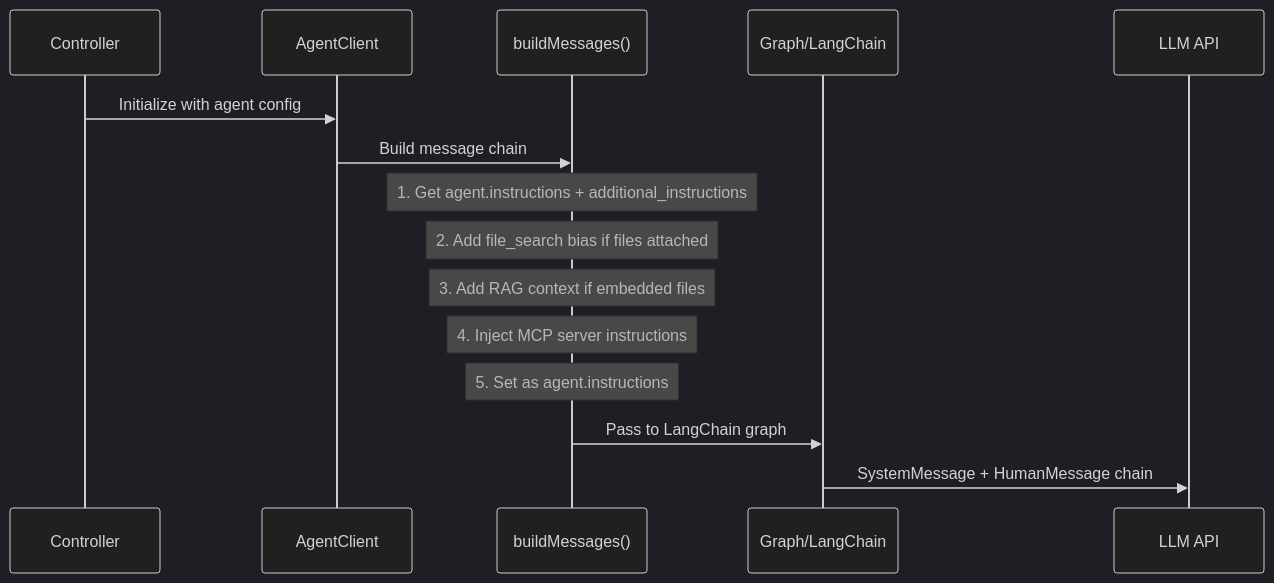
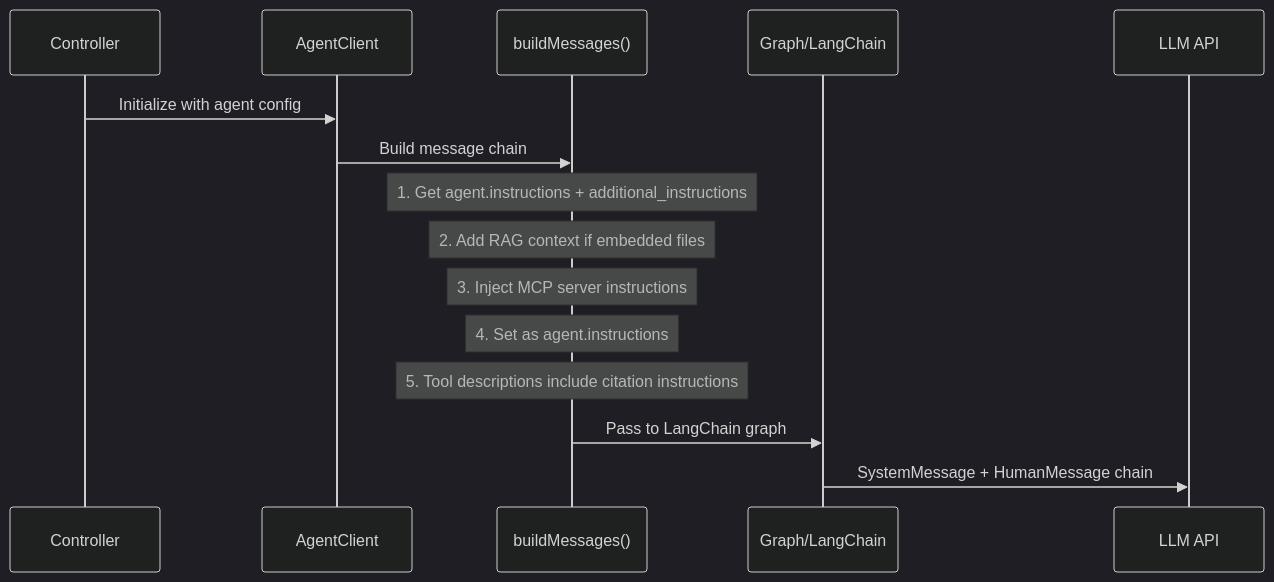
Before and after one commit to Gradient-DS/soev.ai: the fourth of 4 diagrams in prompts.md, drawn with Mermaid (dark theme). The commit also changed other lines of this file and 1 other file, not shown here.

````diff
--- a/prompts.md
+++ b/prompts.md
@@ -138,20 +151,20 @@
 ```mermaid
 sequenceDiagram
     participant C as Controller
     participant AC as AgentClient
     participant BM as buildMessages()
     participant G as Graph/LangChain
     participant API as LLM API
 
     C->>AC: Initialize with agent config
     AC->>BM: Build message chain
 
     Note over BM: 1. Get agent.instructions + additional_instructions
-    Note over BM: 2. Add file_search bias if files attached
-    Note over BM: 3. Add RAG context if embedded files
-    Note over BM: 4. Inject MCP server instructions
-    Note over BM: 5. Set as agent.instructions
+    Note over BM: 2. Add RAG context if embedded files
+    Note over BM: 3. Inject MCP server instructions
+    Note over BM: 4. Set as agent.instructions
+    Note over BM: 5. Tool descriptions include citation instructions
 
     BM->>G: Pass to LangChain graph
     G->>API: SystemMessage + HumanMessage chain
 ```
````
